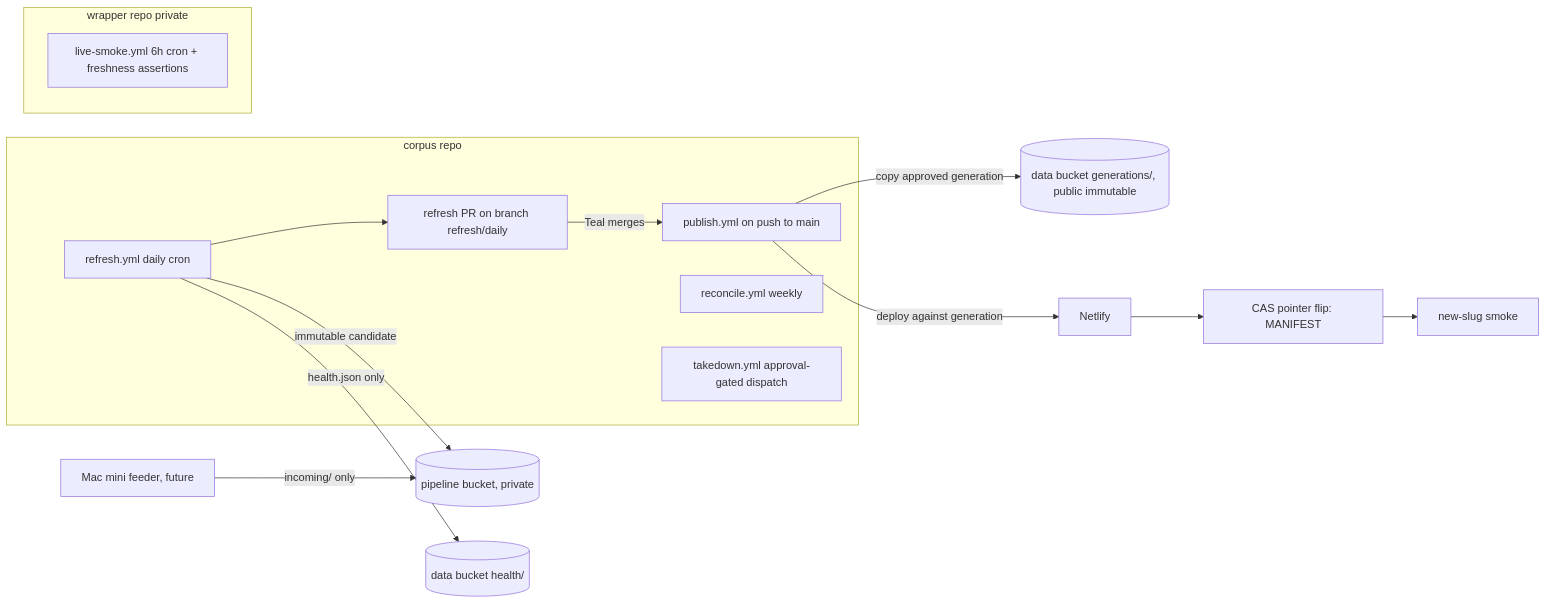
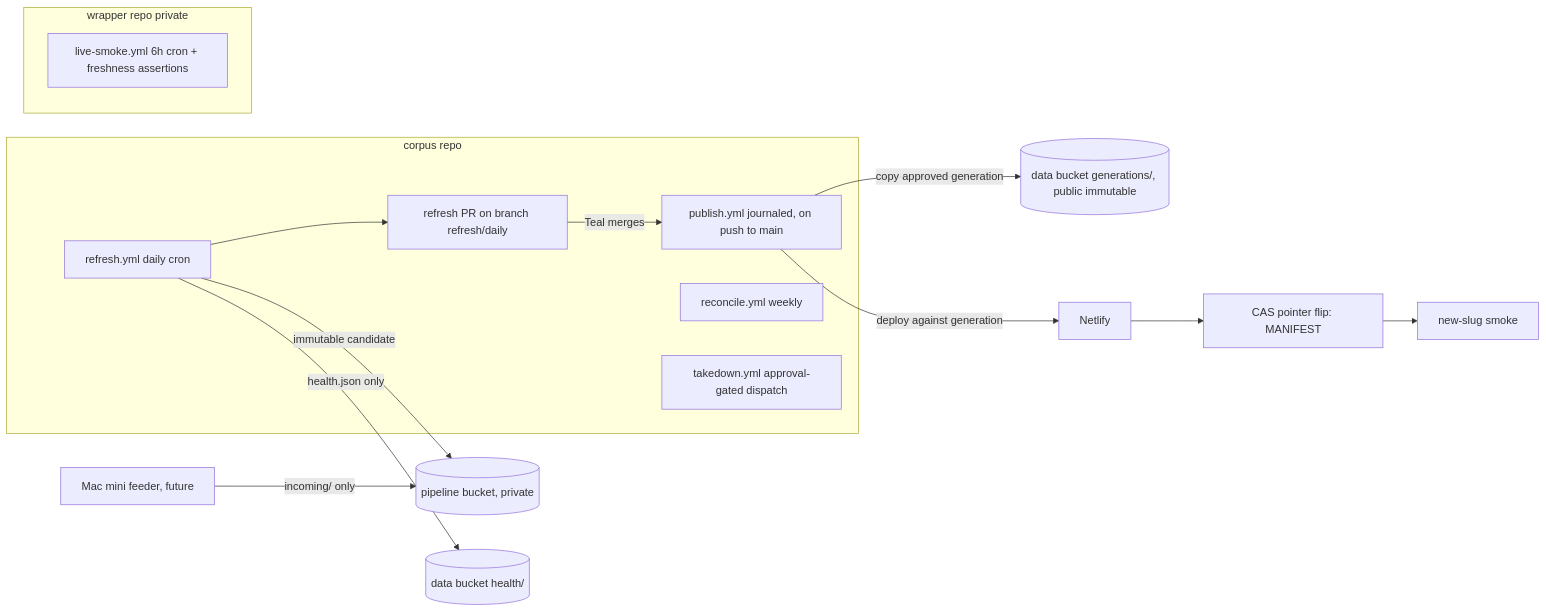
One commit to Teal-Insights/sovereign-prospectus-corpus changed the diagram in docs/superpowers/specs/2026-07-18-self-running-corpus-design.md. Above: the diagram before and after it, drawn with Mermaid. The commit also changed other lines of this file, not shown here.

First line of the commit message:
Spec v3: apply council round 2 (journaled publish, epoch-fenced takedown, holdings/health split, reachable update path) (TEA-1031)

````diff
--- a/docs/superpowers/specs/2026-07-18-self-running-corpus-design.md
+++ b/docs/superpowers/specs/2026-07-18-self-running-corpus-design.md
@@ -37,17 +37,17 @@
 ```mermaid
 flowchart LR
   subgraph corpus repo
     R[refresh.yml daily cron] --> PR[refresh PR on branch refresh/daily]
-    PR -- Teal merges --> P[publish.yml on push to main]
+    PR -- Teal merges --> P[publish.yml journaled, on push to main]
     W[reconcile.yml weekly]
     T[takedown.yml approval-gated dispatch]
   end
   subgraph wrapper repo private
     LS[live-smoke.yml 6h cron + freshness assertions]
   end
   R -- immutable candidate --> PB[(pipeline bucket, private)]
   P -- copy approved generation --> DG[(data bucket generations/, public immutable)]
   P -- deploy against generation --> N[Netlify] --> F[CAS pointer flip: MANIFEST] --> SM[new-slug smoke]
   R -- health.json only --> DH[(data bucket health/)]
   M[Mac mini feeder, future] -- incoming/ only --> PB
 ```
````
